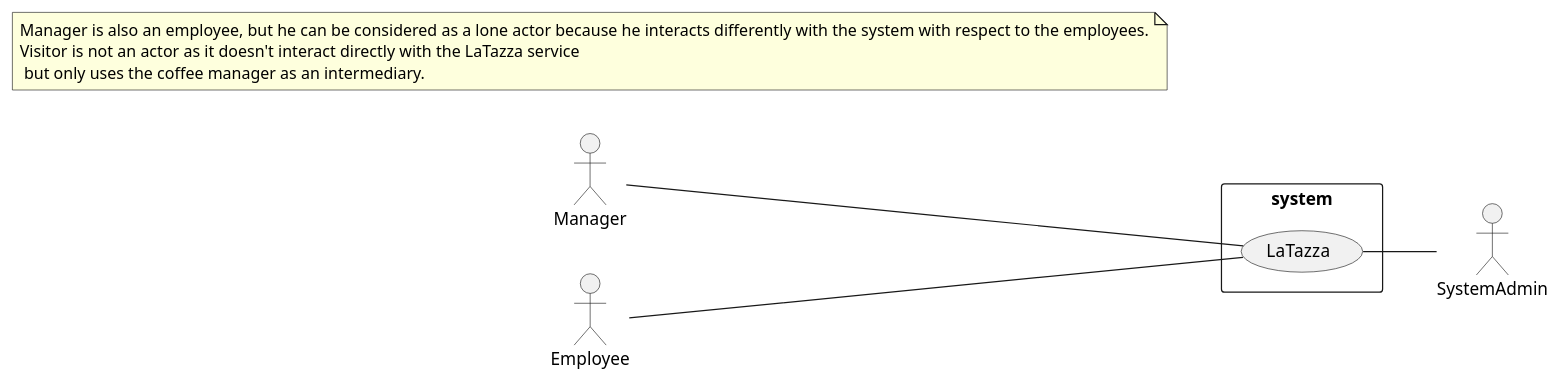
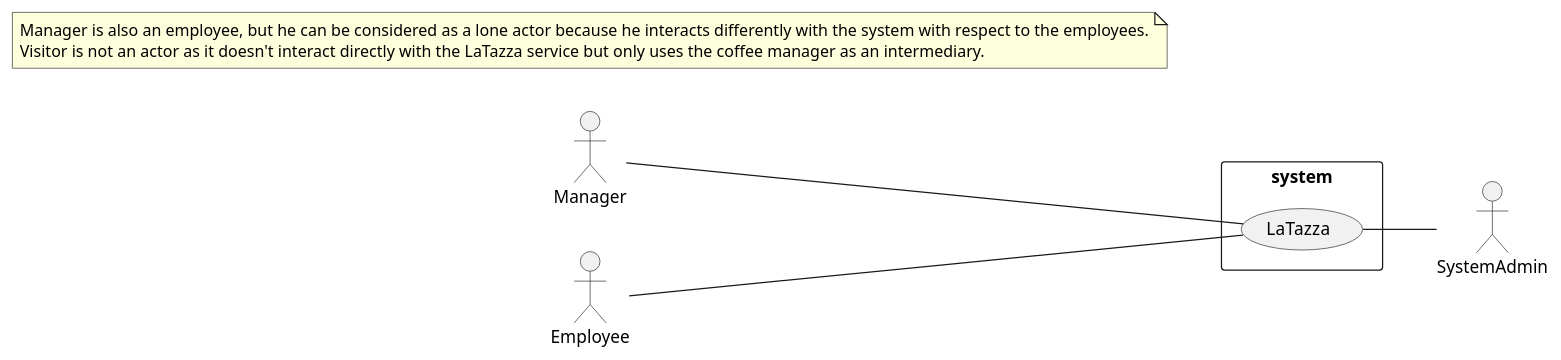
Before and after one commit to salvatore-dimartino/LaTazza: the first of 3 diagrams in templates/RequirementsTemplate.md, drawn with PlantUML.

````diff
--- a/templates/RequirementsTemplate.md
+++ b/templates/RequirementsTemplate.md
@@ -42,25 +42,25 @@
 ```plantuml
 @startuml
 
 left to right direction
 
 skinparam packageStyle rectangle
 
 actor Manager as m
 actor Employee as e
 actor SystemAdmin as sa
 
 rectangle system {
 
 	(LaTazza) as l
 
 }
 
 m -- l
 e -- l
 l -- sa
 
-note "Manager is also an employee, but he can be considered as a lone actor because he interacts differently with the system with respect to the employees.\nVisitor is not an actor as it doesn't interact directly with the LaTazza service\n but only uses the coffee manager as an intermediary." as n
+note "Manager is also an employee, but he can be considered as a lone actor because he interacts differently with the system with respect to the employees.\nVisitor is not an actor as it doesn't interact directly with the LaTazza service but only uses the coffee manager as an intermediary." as n
 
 @enduml
 ```
````
